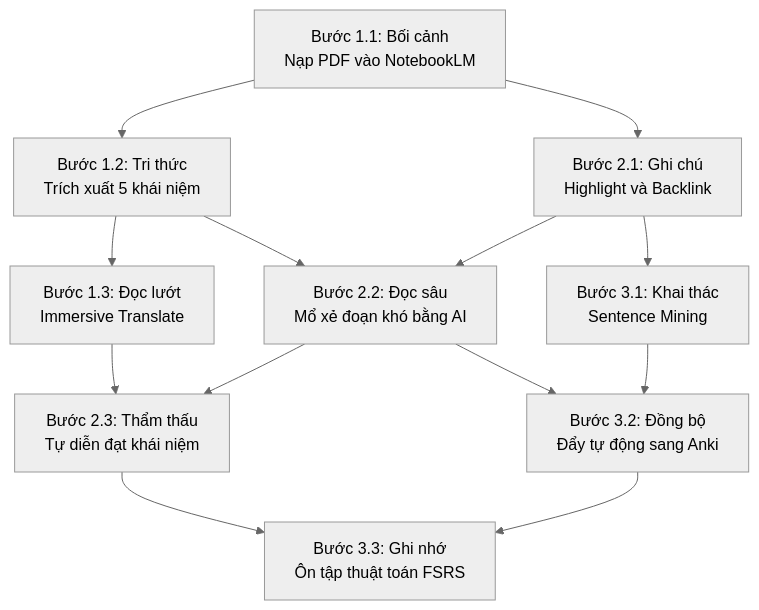
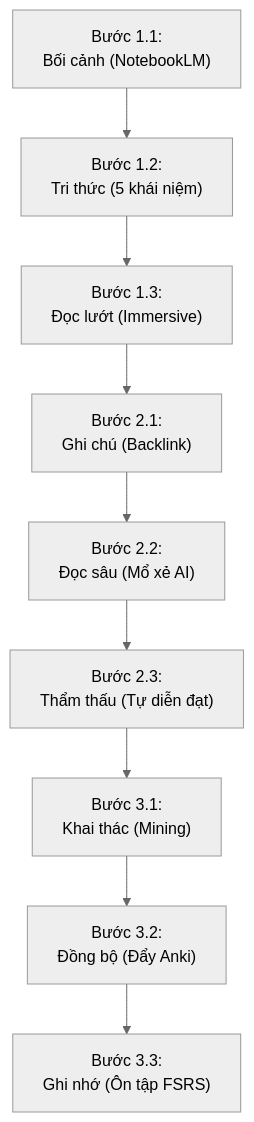
Before and after one commit to nguyengoctin/my_website: the diagram in content/posts/he-thong-phuong-phap-doc-tai-lieu-it-ai-voi-ai-va-srs.md, drawn with Mermaid (neutral theme). The commit also changed 19 other files, not shown here.

Commit message:
chore: implement Mermaid best-practice audit script, apply auto-fixes to posts, and adjust rendering configurations

````diff
--- a/content/posts/he-thong-phuong-phap-doc-tai-lieu-it-ai-voi-ai-va-srs.md
+++ b/content/posts/he-thong-phuong-phap-doc-tai-lieu-it-ai-voi-ai-va-srs.md
@@ -163,24 +163,20 @@
 ```mermaid
 flowchart TD
-    A1["Bước 1.1: Bối cảnh<br/>Nạp PDF vào NotebookLM"]
-    A2["Bước 1.2: Tri thức<br/>Trích xuất 5 khái niệm"]
-    A3["Bước 1.3: Đọc lướt<br/>Immersive Translate"]
-    B1["Bước 2.1: Ghi chú<br/>Highlight và Backlink"]
-    B2["Bước 2.2: Đọc sâu<br/>Mổ xẻ đoạn khó bằng AI"]
-    B3["Bước 2.3: Thẩm thấu<br/>Tự diễn đạt khái niệm"]
-    C1["Bước 3.1: Khai thác<br/>Sentence Mining"]
-    C2["Bước 3.2: Đồng bộ<br/>Đẩy tự động sang Anki"]
-    C3["Bước 3.3: Ghi nhớ<br/>Ôn tập thuật toán FSRS"]
+    A1["Bước 1.1:<br/>Bối cảnh (NotebookLM)"]
+    A2["Bước 1.2:<br/>Tri thức (5 khái niệm)"]
+    A3["Bước 1.3:<br/>Đọc lướt (Immersive)"]
+    B1["Bước 2.1:<br/>Ghi chú (Backlink)"]
+    B2["Bước 2.2:<br/>Đọc sâu (Mổ xẻ AI)"]
+    B3["Bước 2.3:<br/>Thẩm thấu (Tự diễn đạt)"]
+    C1["Bước 3.1:<br/>Khai thác (Mining)"]
+    C2["Bước 3.2:<br/>Đồng bộ (Đẩy Anki)"]
+    C3["Bước 3.3:<br/>Ghi nhớ (Ôn tập FSRS)"]
     A1 --> A2
     A2 --> A3
-    A1 --> B1
-    A2 --> B2
-    A3 --> B3
+    A3 --> B1
     B1 --> B2
     B2 --> B3
-    B1 --> C1
-    B2 --> C2
-    B3 --> C3
+    B3 --> C1
     C1 --> C2
     C2 --> C3
 ```
````
